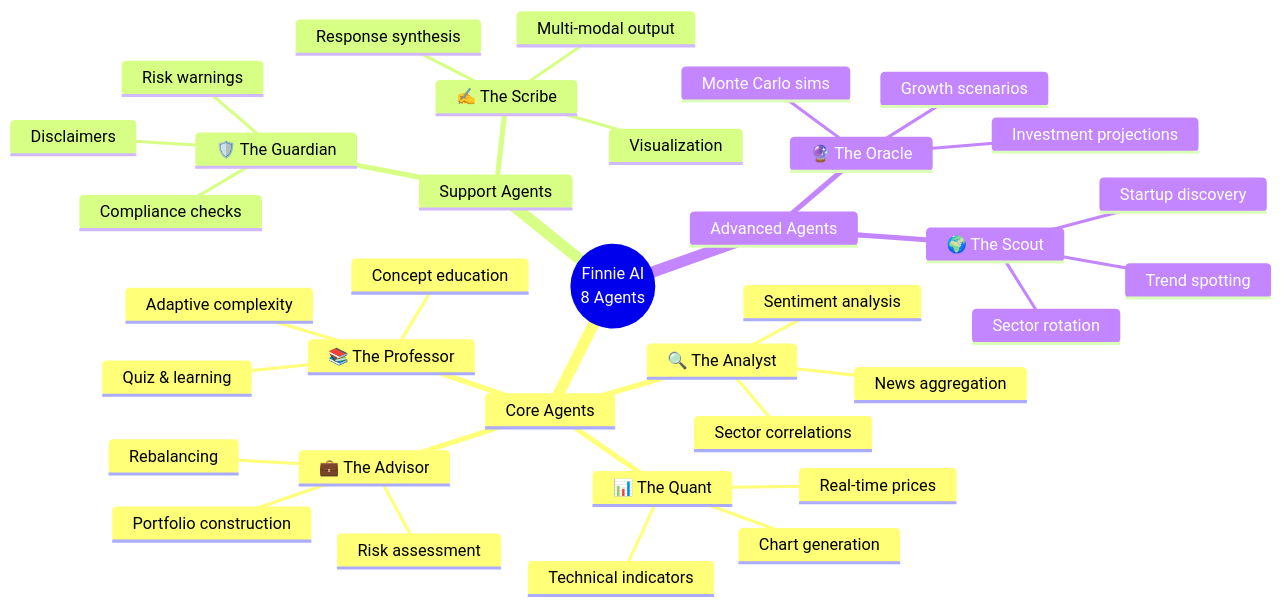
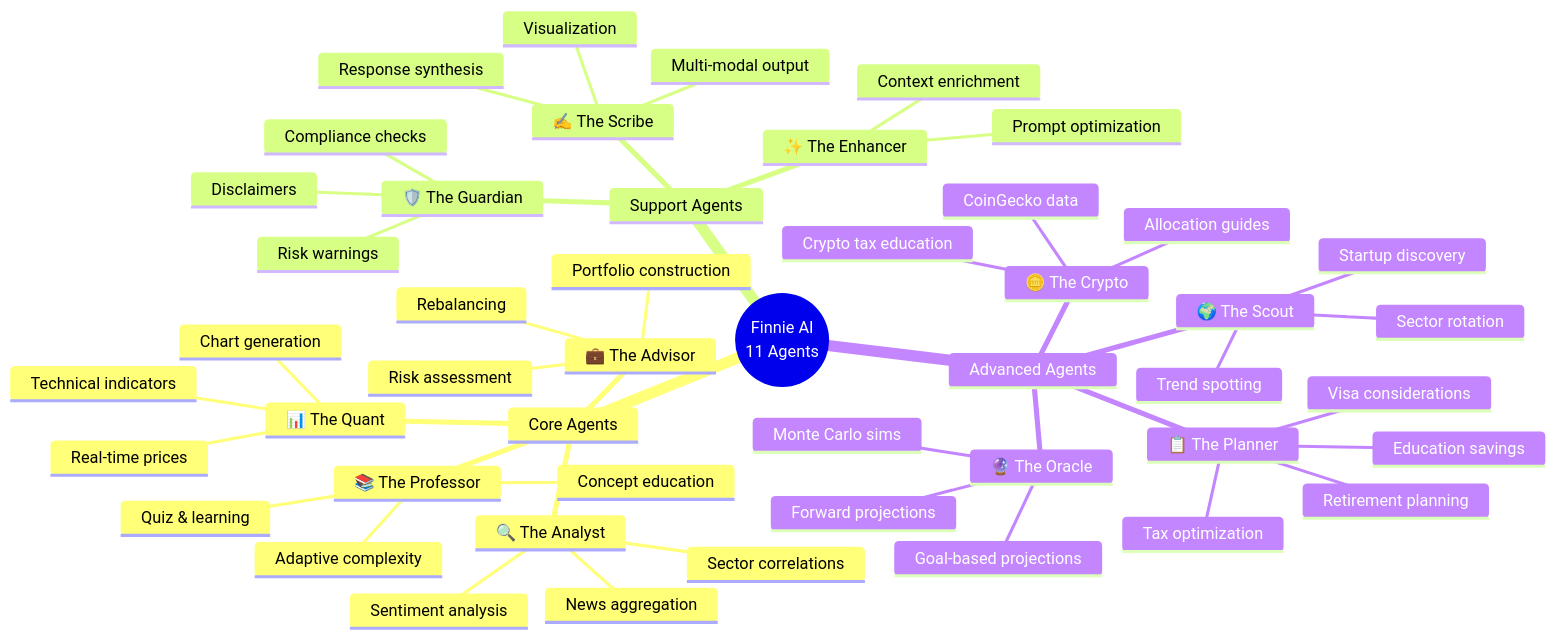
Before and after one commit to sathyaincampus/finnie-ai: the third of 5 diagrams in docs/IMPLEMENTATION_QA.md, drawn with Mermaid. The commit also changed other lines of this file and 33 other files, not shown here.

Commit message:
feat: Implement new UI tab structure with dedicated sections for planning, crypto, portfolio, and market, integrate Phoenix tracing and evaluations, and add new agents.

````diff
--- a/docs/IMPLEMENTATION_QA.md
+++ b/docs/IMPLEMENTATION_QA.md
@@ -359,39 +359,51 @@
 ```mermaid
 mindmap
-  root((Finnie AI<br/>8 Agents))
+  root((Finnie AI<br/>11 Agents))
     Core Agents
       📊 The Quant
         Real-time prices
         Technical indicators
         Chart generation
       📚 The Professor
         Concept education
         Adaptive complexity
         Quiz & learning
       🔍 The Analyst
         News aggregation
         Sentiment analysis
         Sector correlations
       💼 The Advisor
         Portfolio construction
         Risk assessment
         Rebalancing
     Support Agents
+      ✨ The Enhancer
+        Prompt optimization
+        Context enrichment
       🛡️ The Guardian
         Compliance checks
         Disclaimers
         Risk warnings
       ✍️ The Scribe
         Response synthesis
         Visualization
         Multi-modal output
     Advanced Agents
       🔮 The Oracle
-        Investment projections
-        Growth scenarios
+        Forward projections
+        Goal-based projections
         Monte Carlo sims
       🌍 The Scout
         Startup discovery
         Trend spotting
         Sector rotation
+      📋 The Planner
+        Retirement planning
+        Education savings
+        Tax optimization
+        Visa considerations
+      🪙 The Crypto
+        CoinGecko data
+        Allocation guides
+        Crypto tax education
 ```
````
